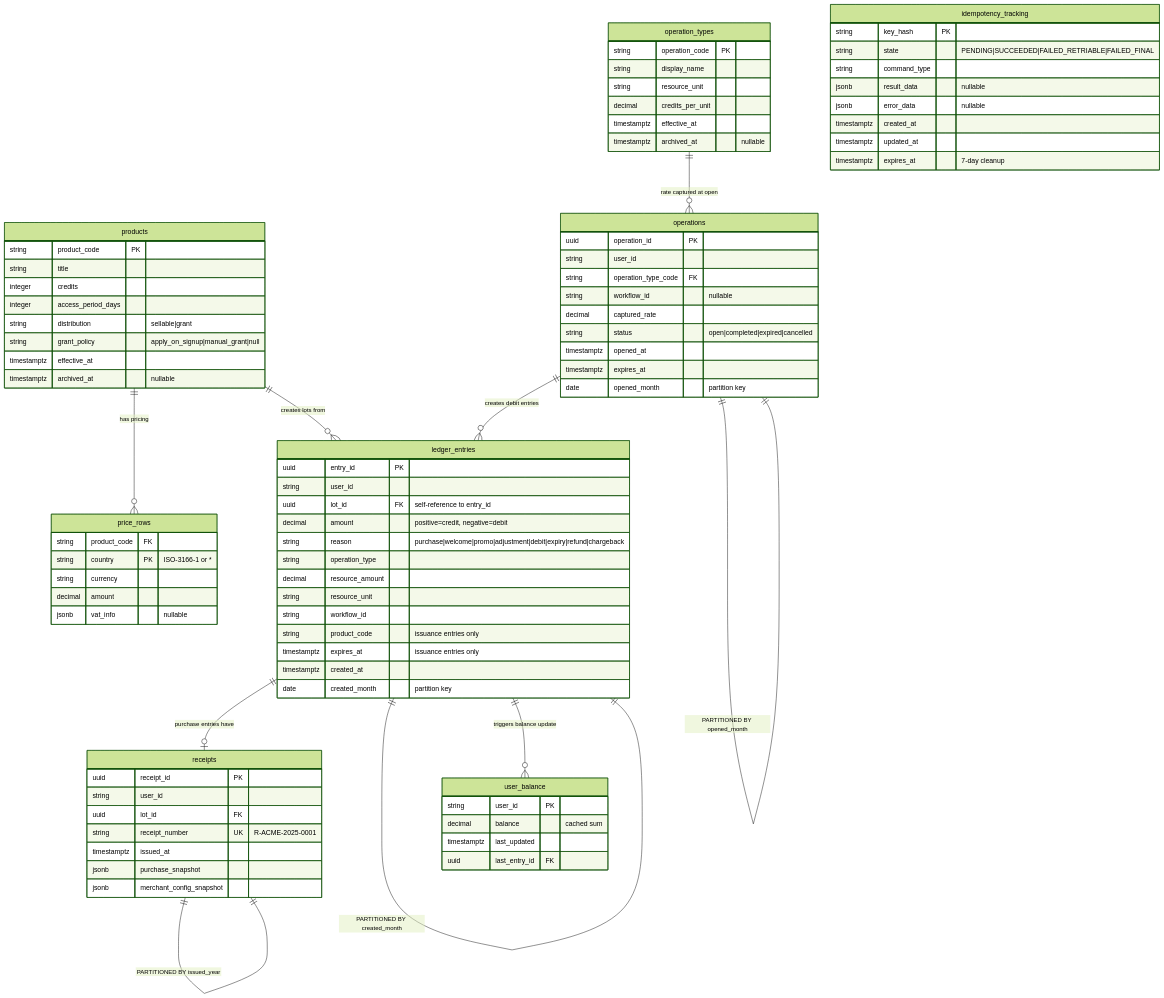
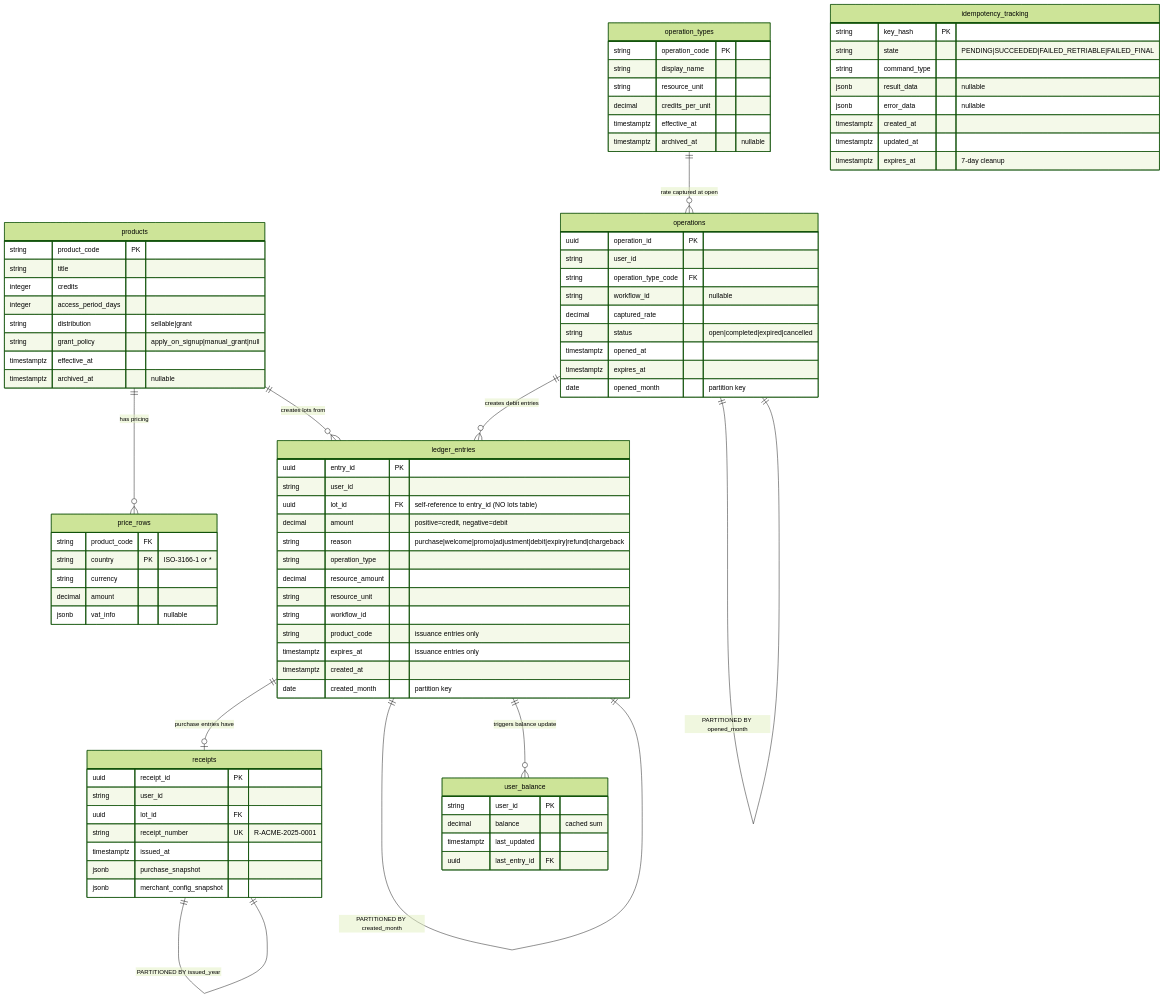
One commit to dimdasci/credit-system changed the first of 2 diagrams in knowledge/tech-solution/03_database_schema_migrations.md. Above: the diagram before and after it, drawn with Mermaid (forest theme). The commit also changed other lines of this file, not shown here.

Commit message:
Notes about lot_id and entry_id relation

```diff
--- a/knowledge/tech-solution/03_database_schema_migrations.md
+++ b/knowledge/tech-solution/03_database_schema_migrations.md
@@ -745,7 +754,7 @@
     ledger_entries {
         uuid entry_id PK
         string user_id
-        uuid lot_id FK "self-reference to entry_id"
+        uuid lot_id FK "self-reference to entry_id (NO lots table)"
         decimal amount "positive=credit, negative=debit"
         string reason "purchase|welcome|promo|adjustment|debit|expiry|refund|chargeback"
         string operation_type
```
